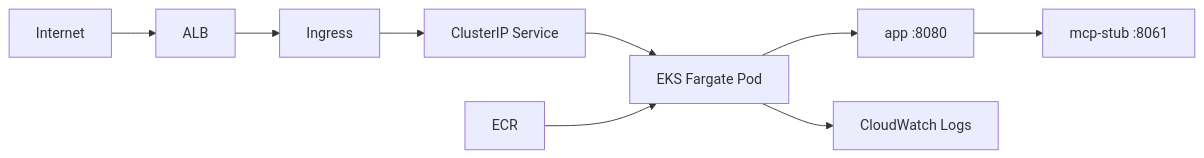
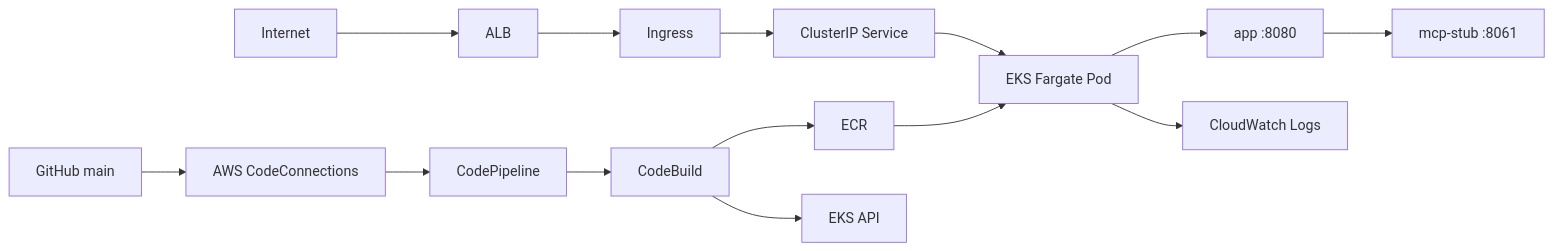
Before and after one commit to arthurmeirelessm/sse-fargate-architecture: the diagram in README.md, drawn with Mermaid. The commit also changed other lines of this file and 13 other files, not shown here.

Commit message:
test cicd aws pipeline

````diff
--- a/README.md
+++ b/README.md
@@ -10,11 +10,16 @@
 ```mermaid
 flowchart LR
   Internet --> alb[ALB]
   alb --> ingress[Ingress]
   ingress --> service[ClusterIP Service]
   service --> pod["EKS Fargate Pod"]
   pod --> app["app :8080"]
   app --> sidecar["mcp-stub :8061"]
   ecr[ECR] --> pod
   pod --> logs[CloudWatch Logs]
+  github[GitHub main] --> connection[AWS CodeConnections]
+  connection --> pipeline[CodePipeline]
+  pipeline --> codebuild[CodeBuild]
+  codebuild --> ecr
+  codebuild --> eks[EKS API]
 ```
````
